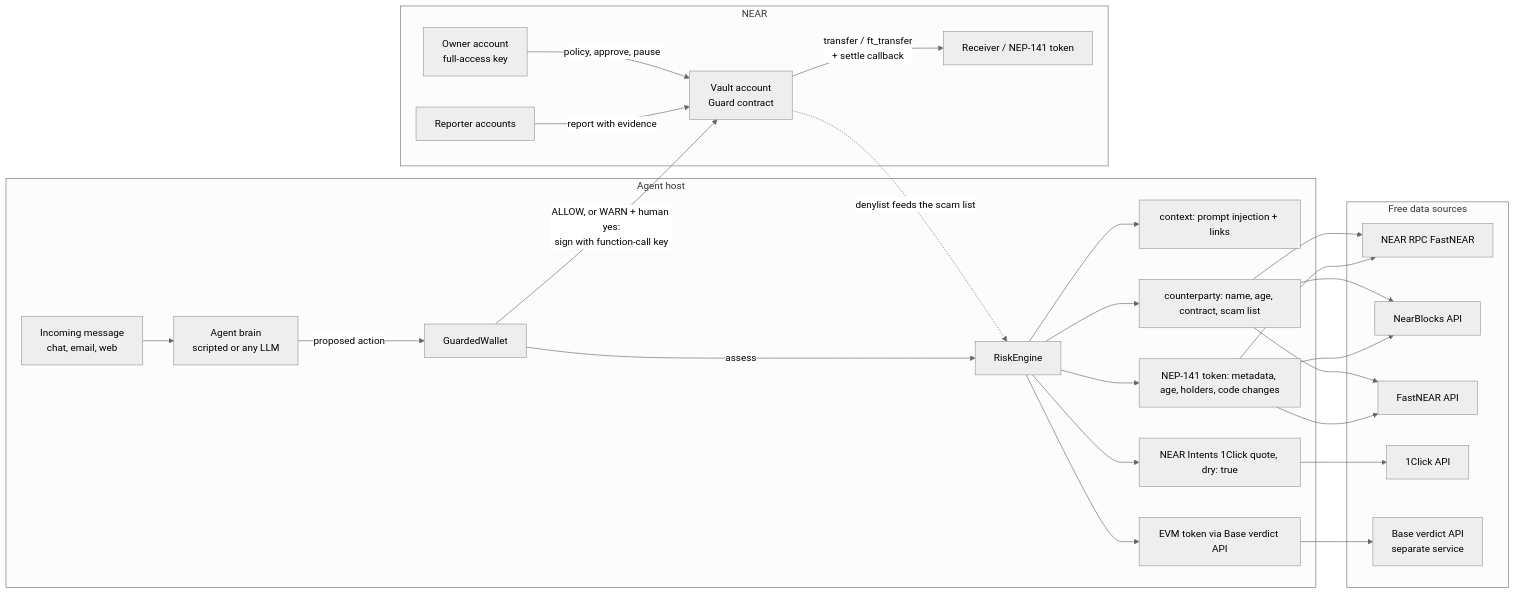
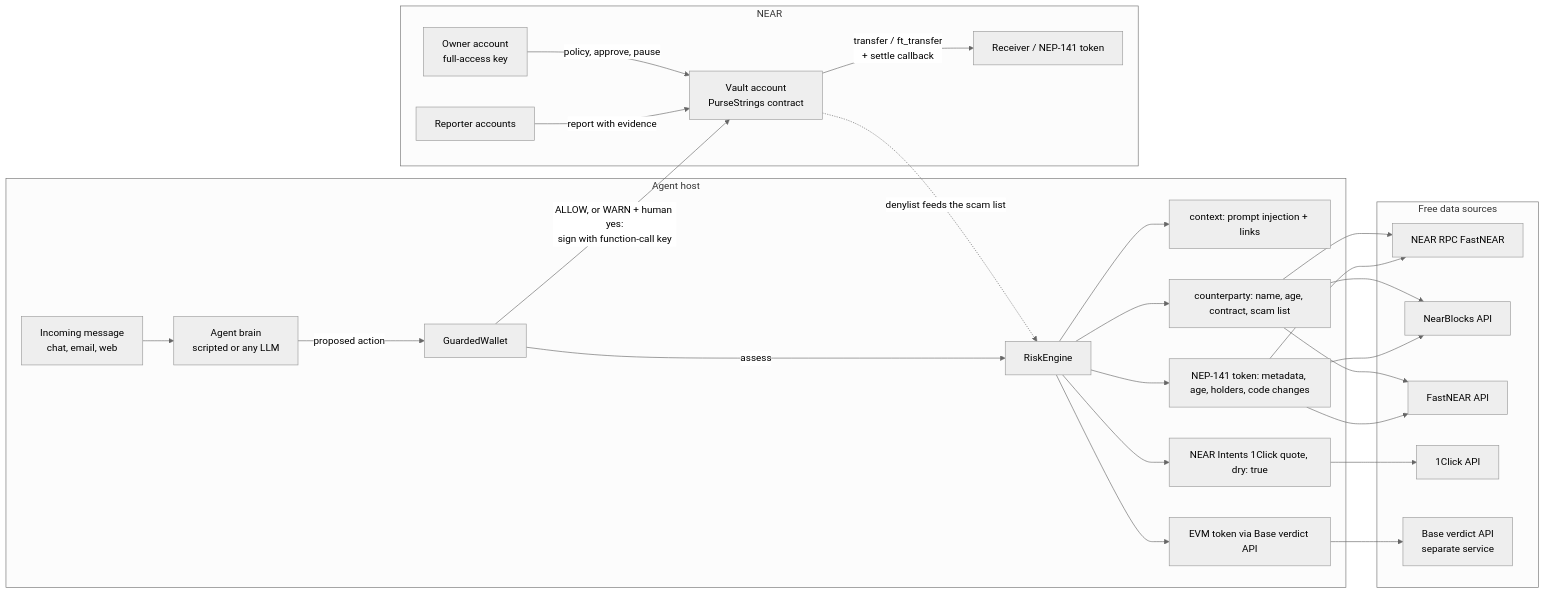
The first of 2 diagrams in README.md (kacpergumieniuk/pursestrings), drawn with Mermaid (neutral theme) before and after one commit. The commit also changed other lines of this file and 49 other files, not shown here.

First line of the commit message:
Rename Guard to PurseStrings; position against OutLayer; re-render the demo video

````diff
--- a/README.md
+++ b/README.md
@@ -113,30 +152,30 @@
 ```mermaid
 flowchart LR
     subgraph AH[Agent host]
         MSG[Incoming message<br/>chat, email, web] --> BRAIN[Agent brain<br/>scripted or any LLM]
         BRAIN -->|proposed action| WALLET[GuardedWallet]
         WALLET -->|assess| RISK[RiskEngine]
         RISK --> C1[context: prompt injection + links]
         RISK --> C2[counterparty: name, age, contract, scam list]
         RISK --> C3[NEP-141 token: metadata, age, holders, code changes]
         RISK --> C4[NEAR Intents 1Click quote, dry: true]
         RISK --> C5[EVM token via Base verdict API]
     end
     subgraph DS[Free data sources]
         RPC[NEAR RPC FastNEAR]
         NB[NearBlocks API]
         FN[FastNEAR API]
         OC[1Click API]
         EVM[Base verdict API<br/>separate service]
     end
     C2 & C3 --> RPC & NB & FN
     C4 --> OC
     C5 --> EVM
     WALLET -->|ALLOW, or WARN + human yes:<br/>sign with function-call key| VAULT
     subgraph CHAIN[NEAR]
-        VAULT[Vault account<br/>Guard contract] -->|transfer / ft_transfer<br/>+ settle callback| DEST[Receiver / NEP-141 token]
+        VAULT[Vault account<br/>PurseStrings contract] -->|transfer / ft_transfer<br/>+ settle callback| DEST[Receiver / NEP-141 token]
         OWNER[Owner account<br/>full-access key] -->|policy, approve, pause| VAULT
         REP[Reporter accounts] -->|report with evidence| VAULT
     end
     VAULT -. denylist feeds the scam list .-> RISK
 ```
````
